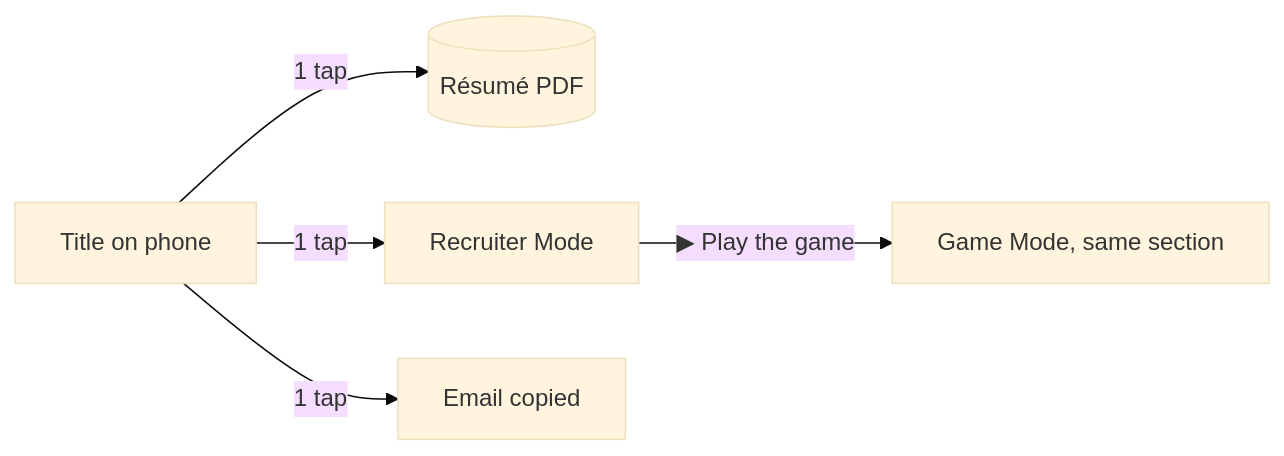
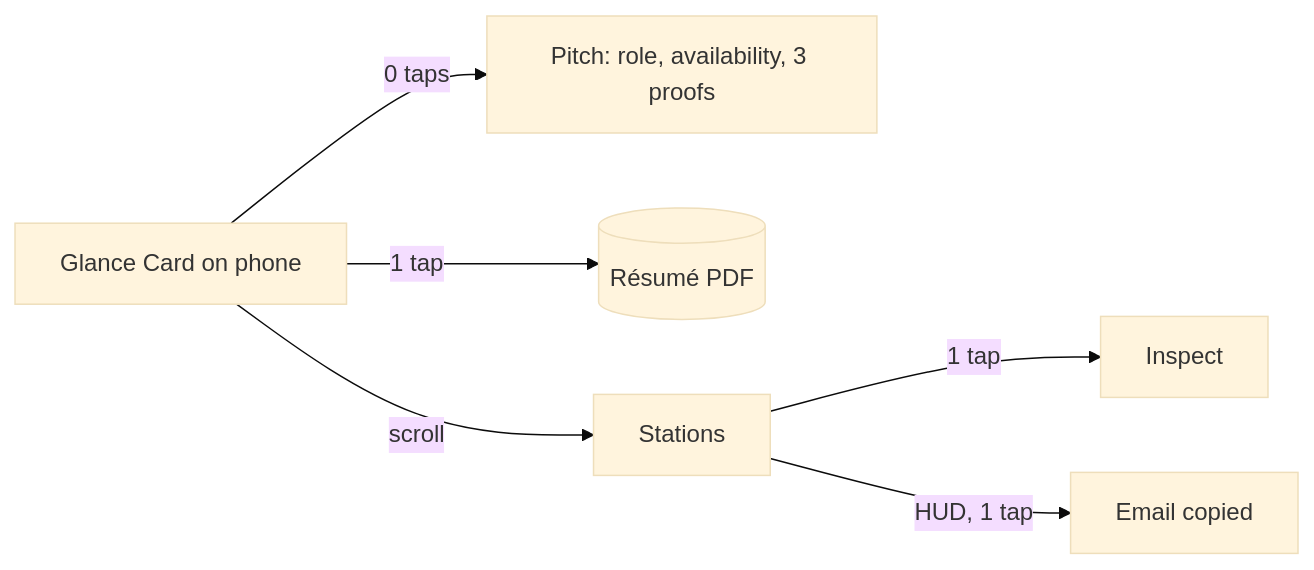
The third of 3 diagrams in _bmad-output/planning-artifacts/ux-designs/ux-portfolio-2026-11-25/EXPERIENCE.md (snehaislamm/portfolio), drawn with Mermaid (base theme) before and after one commit. The commit also changed other lines of this file and 12 other files, not shown here.

````diff
--- a/_bmad-output/planning-artifacts/ux-designs/ux-portfolio-2026-11-25/EXPERIENCE.md
+++ b/_bmad-output/planning-artifacts/ux-designs/ux-portfolio-2026-11-25/EXPERIENCE.md
@@ -279,7 +277,7 @@
 ```mermaid
 flowchart LR
-  M[Title on phone] -->|1 tap| R[(Résumé PDF)]
-  M -->|1 tap| RM[Recruiter Mode]
-  M -->|1 tap| E[Email copied]
-  RM -->|"▶ Play the game"| G[Game Mode, same section]
+  M[Glance Card on phone] -->|0 taps| P[Pitch: role, availability, 3 proofs]
+  M -->|1 tap| R[(Résumé PDF)]
+  M -->|scroll| S[Stations] -->|1 tap| I[Inspect]
+  S -->|HUD, 1 tap| E[Email copied]
 ```
````
